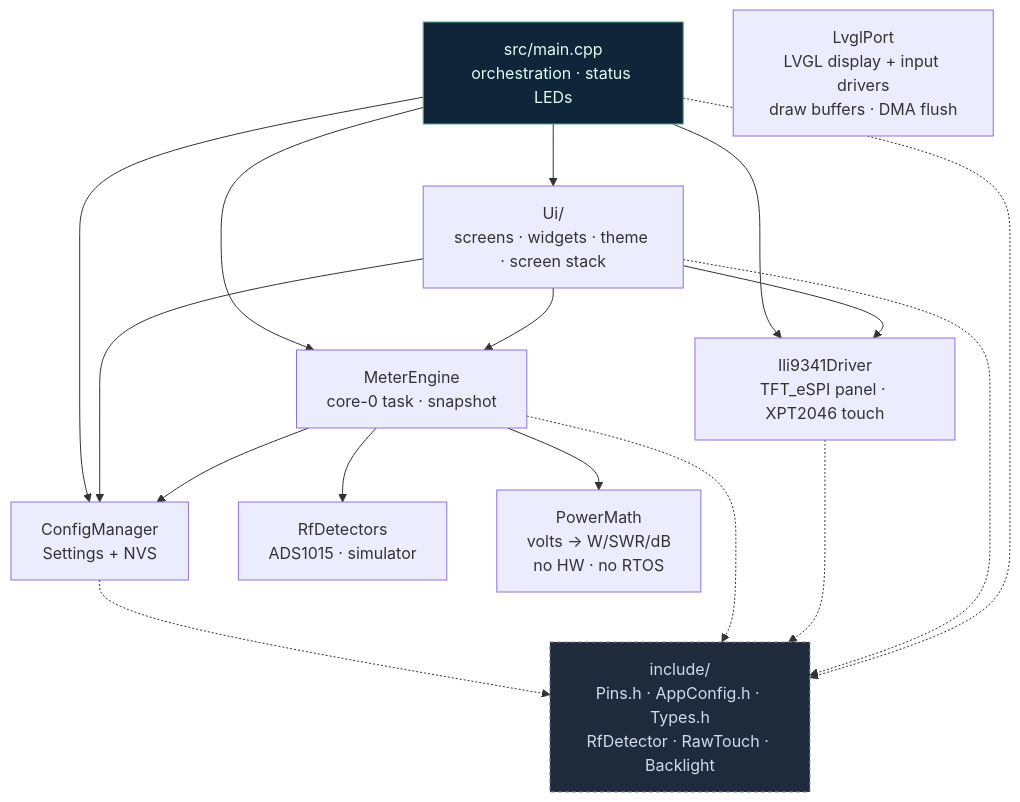
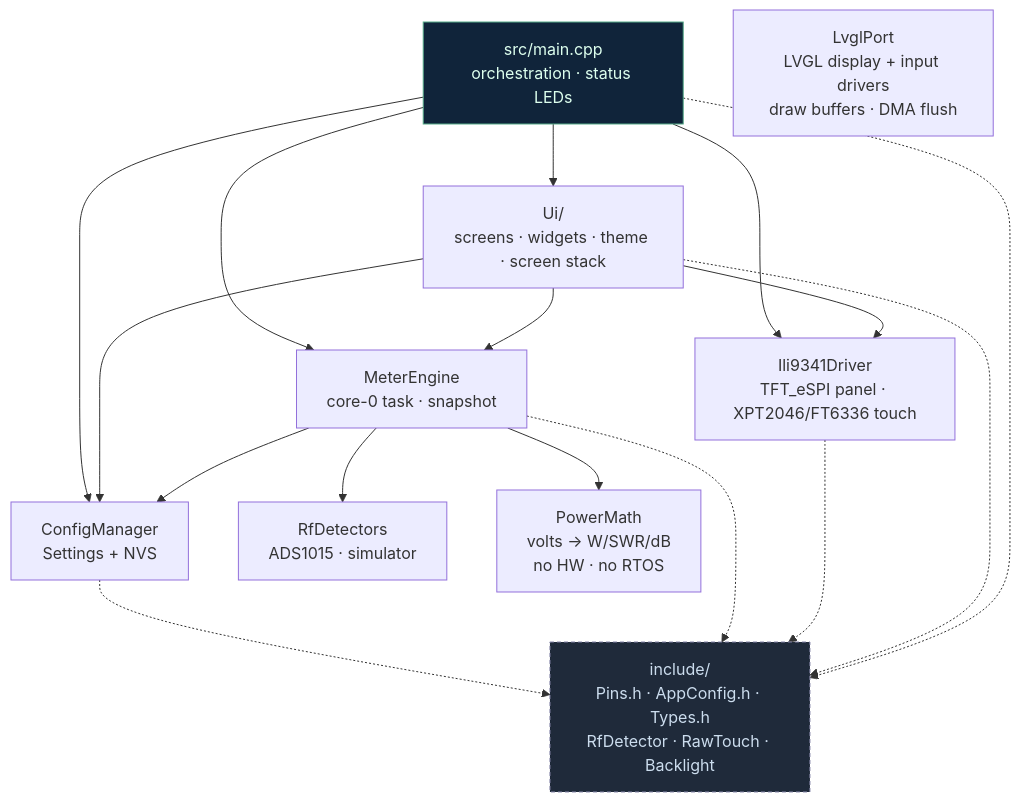
Before and after one commit to mrgadotti/pswr_esp32: the diagram in README.md, drawn with Mermaid. The commit also changed other lines of this file and 12 other files, not shown here.

````diff
--- a/README.md
+++ b/README.md
@@ -157,37 +202,37 @@
 ```mermaid
 graph TD
     MAIN["src/main.cpp<br/>orchestration · status LEDs"]
 
     CFG["ConfigManager<br/>Settings + NVS"]
     DET["RfDetectors<br/>ADS1015 · simulator"]
     MATH["PowerMath<br/>volts → W/SWR/dB<br/>no HW · no RTOS"]
     ADC["MeterEngine<br/>core-0 task · snapshot"]
     PORT["LvglPort<br/>LVGL display + input drivers<br/>draw buffers · DMA flush"]
-    DRV["Ili9341Driver<br/>TFT_eSPI panel · XPT2046 touch"]
+    DRV["Ili9341Driver<br/>TFT_eSPI panel · XPT2046/FT6336 touch"]
     DISP["Ui/<br/>screens · widgets · theme · screen stack"]
 
     SHARED["include/<br/>Pins.h · AppConfig.h · Types.h<br/>RfDetector · RawTouch · Backlight"]
 
     MAIN --> CFG
     MAIN --> ADC
     MAIN --> DRV
     MAIN --> DISP
 
     DISP --> CFG
     DISP --> ADC
     DISP --> DRV
     ADC --> DET
     ADC --> MATH
     ADC --> CFG
 
     CFG -.-> SHARED
     ADC -.-> SHARED
     DRV -.-> SHARED
     DISP -.-> SHARED
     MAIN -.-> SHARED
 
     classDef shared fill:#1f2a3a,stroke:#88a,color:#cde,stroke-dasharray:4 3;
     classDef app fill:#10243a,stroke:#5a8,color:#dfe;
     class SHARED shared;
     class MAIN app;
 ```
````
